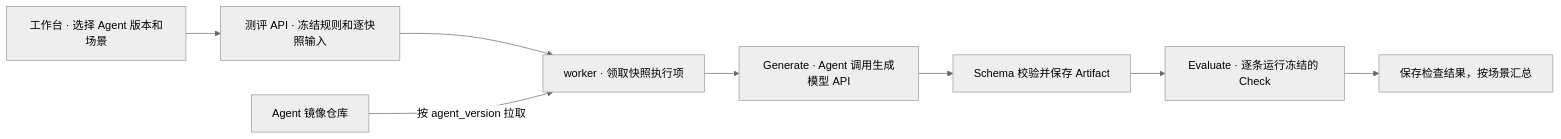
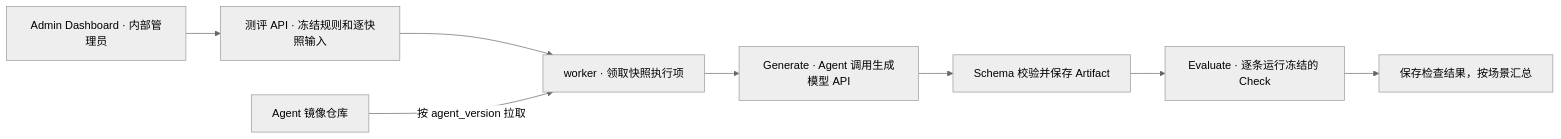
The first of 2 diagrams in docs/superpowers/specs/2026-11-23-offline-plan-eval.md (zhaochy1990/running), drawn with Mermaid (neutral theme) before and after one commit. The commit also changed other lines of this file and 1 other file, not shown here.

Commit message:
docs: 定稿 JavaScript 测评规则与 Admin Dashboard 接入

````diff
--- a/docs/superpowers/specs/2026-11-23-offline-plan-eval.md
+++ b/docs/superpowers/specs/2026-11-23-offline-plan-eval.md
@@ -26,10 +30,10 @@
 ```mermaid
 flowchart LR
-    UI["工作台 · 选择 Agent 版本和场景"] --> API["测评 API · 冻结规则和逐快照输入"]
+    UI["Admin Dashboard · 内部管理员"] --> API["测评 API · 冻结规则和逐快照输入"]
     API --> W["worker · 领取快照执行项"]
     REG["Agent 镜像仓库"] -->|按 agent_version 拉取| W
     W --> GEN["Generate · Agent 调用生成模型 API"]
     GEN --> STORE["Schema 校验并保存 Artifact"]
     STORE --> CHECK["Evaluate · 逐条运行冻结的 Check"]
     CHECK --> REP["保存检查结果，按场景汇总"]
 ```
````
